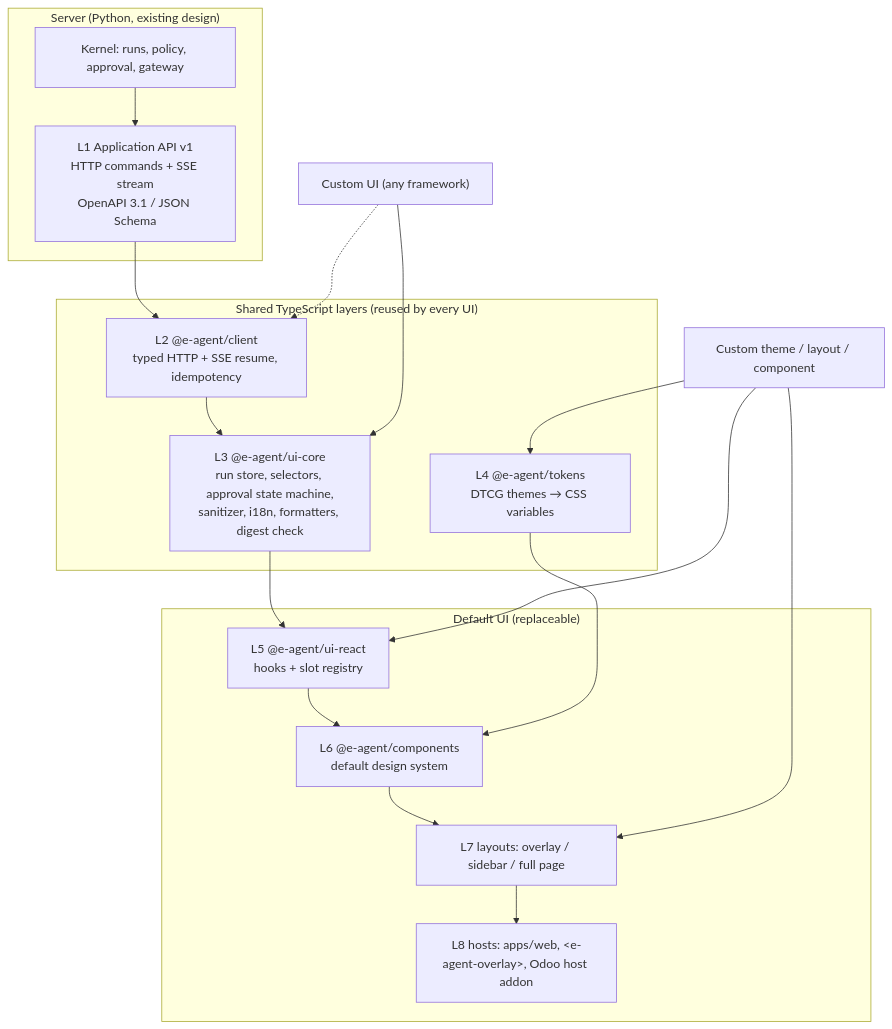
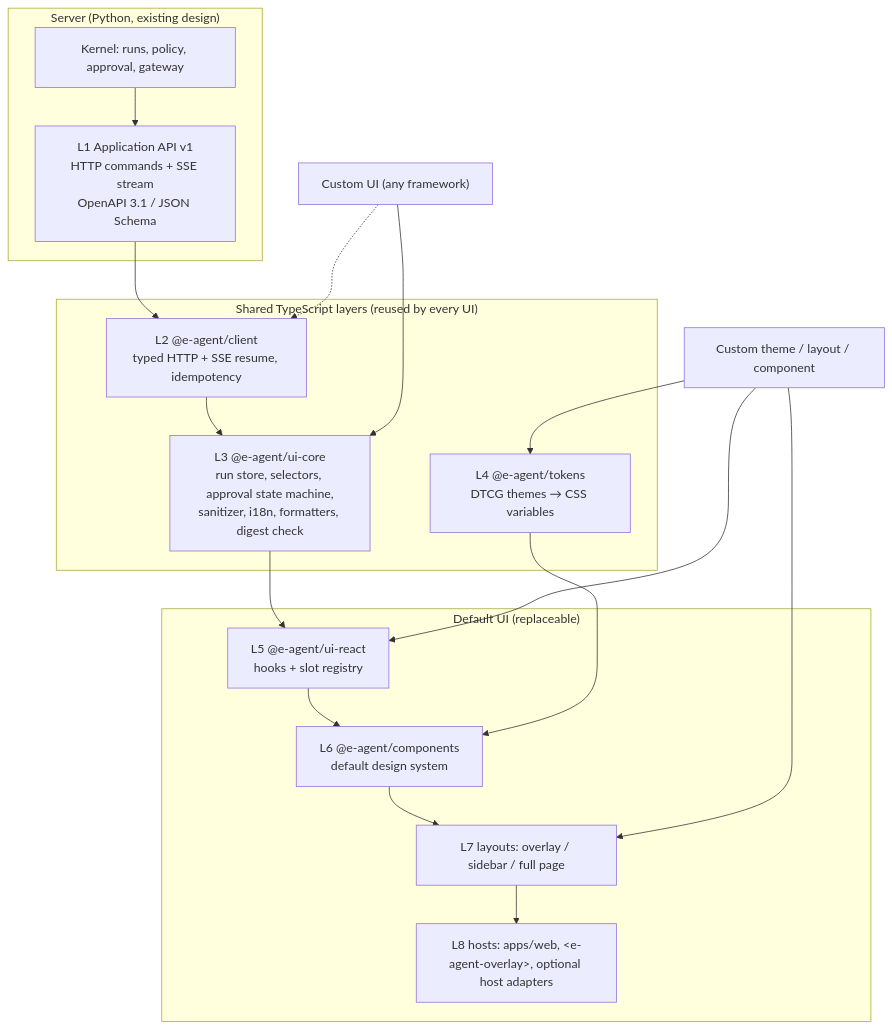
One commit to thanhnc261/e-agent changed the diagram in docs/ui-architecture.md. Above: the diagram before and after it, drawn with Mermaid. The commit also changed other lines of this file and 5 other files, not shown here.

First line of the commit message:
docs: make the UI system-neutral (no Odoo-specific host)

````diff
--- a/docs/ui-architecture.md
+++ b/docs/ui-architecture.md
@@ -29,26 +31,26 @@
 ```mermaid
 flowchart TB
     subgraph Server["Server (Python, existing design)"]
         K[Kernel: runs, policy, approval, gateway]
         API["L1 Application API v1<br/>HTTP commands + SSE stream<br/>OpenAPI 3.1 / JSON Schema"]
         K --> API
     end
     subgraph Shared["Shared TypeScript layers (reused by every UI)"]
         C["L2 @e-agent/client<br/>typed HTTP + SSE resume, idempotency"]
         CORE["L3 @e-agent/ui-core<br/>run store, selectors, approval state machine,<br/>sanitizer, i18n, formatters, digest check"]
         TOK["L4 @e-agent/tokens<br/>DTCG themes → CSS variables"]
     end
     subgraph Default["Default UI (replaceable)"]
         R["L5 @e-agent/ui-react<br/>hooks + slot registry"]
         COMP["L6 @e-agent/components<br/>default design system"]
         LAY["L7 layouts: overlay / sidebar / full page"]
-        HOST["L8 hosts: apps/web, &lt;e-agent-overlay&gt;, Odoo host addon"]
+        HOST["L8 hosts: apps/web, &lt;e-agent-overlay&gt;, optional host adapters"]
     end
     API --> C --> CORE --> R --> COMP --> LAY --> HOST
     TOK --> COMP
     X["Custom UI (any framework)"] --> CORE
     X -.-> C
     Y["Custom theme / layout / component"] --> TOK
     Y --> LAY
     Y --> R
 ```
````
